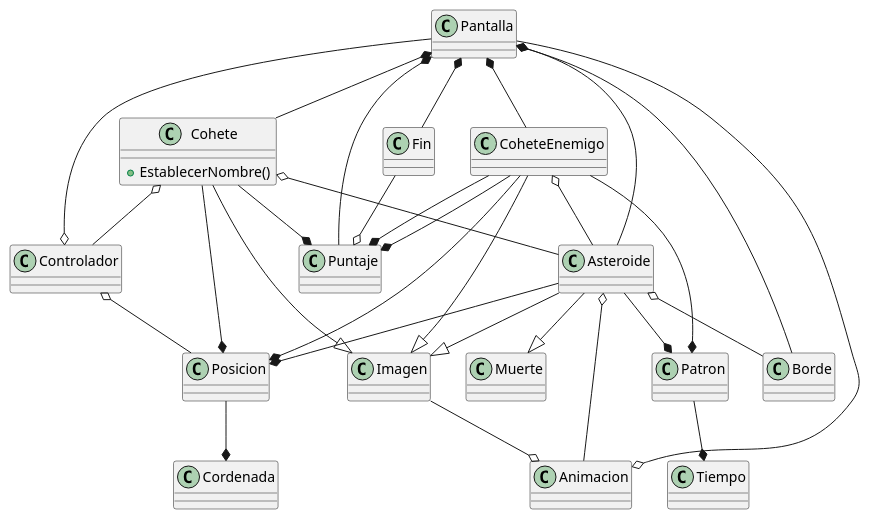
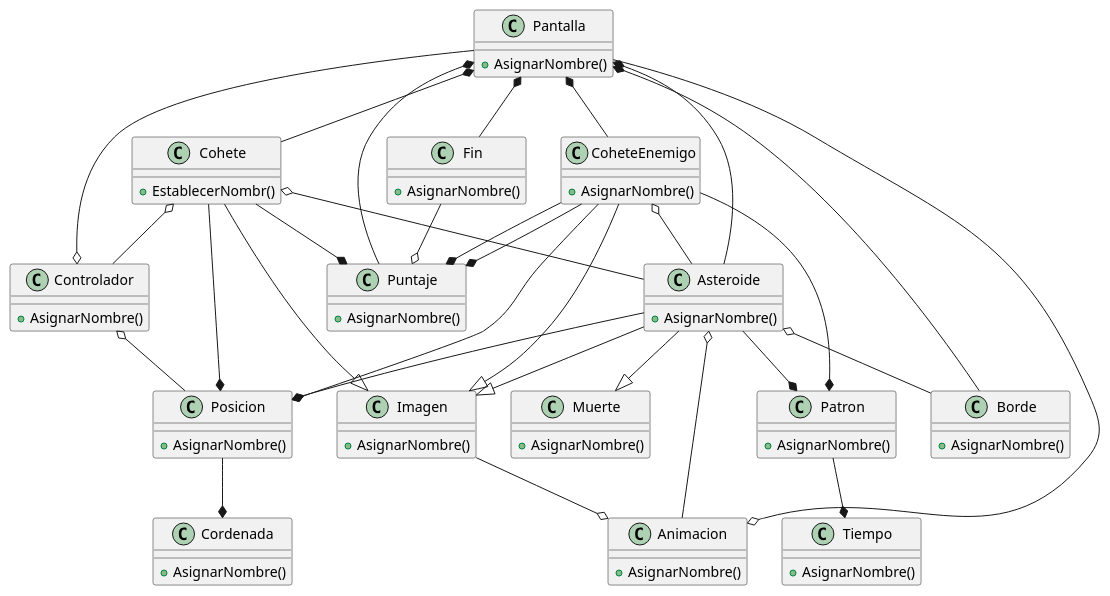
The diagram in docs/diagrama.puml (Hevan-Viscencio/Proyecto2), drawn with PlantUML before and after one commit. The commit also changed 23 other files, not shown here.

```diff
--- a/docs/diagrama.puml
+++ b/docs/diagrama.puml
@@ -1,56 +1,85 @@
 @startuml SpaceRace
 
 class Cohete {
-    +EstablecerNombre()
+    +EstablecerNombr()
 }
 class Asteroide
-class Borde
-class Controlador
-class Pantalla
-class Puntaje
-class CoheteEnemigo
-class Fin
-class Animacion
-class Muerte
-class Patron
-class Tiempo
-class Posicion
-class Cordenada
-class Imagen
+{
+    +AsignarNombre()
+}
+class Borde{
+    +AsignarNombre()
+}
+class Controlador{
+    +AsignarNombre()
+}
+class Pantalla{
+    +AsignarNombre()
+}
+class Puntaje{
+    +AsignarNombre()
+}
+class CoheteEnemigo{
+    +AsignarNombre()
+}
+class Fin{
+    +AsignarNombre()
+}
+class Animacion{
+    +AsignarNombre()
+}
+class Muerte{
+    +AsignarNombre()
+}
+class Patron{
+    +AsignarNombre()
+}
+class Tiempo{
+    +AsignarNombre()
+}
+class Posicion{
+    +AsignarNombre()
+}
+class Cordenada{
+    +AsignarNombre()
+}
+class Imagen{
+    +AsignarNombre()
+}
 
 Pantalla *-- Puntaje
 Pantalla *-- Cohete
 Pantalla *-- Borde
 Pantalla --o Controlador
 Pantalla *-- Asteroide
 Pantalla *-- CoheteEnemigo
 Pantalla *-- Fin
 Pantalla --o Animacion 
 
 Cohete o-- Controlador
 Cohete --* Puntaje
 Cohete o--Asteroide
 Cohete --* Posicion
 Cohete --|> Imagen
 
 CoheteEnemigo --* Puntaje
 CoheteEnemigo o--Asteroide
 CoheteEnemigo --* Patron
 CoheteEnemigo --* Puntaje
 CoheteEnemigo --* Posicion
 CoheteEnemigo --|> Imagen
 
 Asteroide o-- Animacion
 Asteroide --|> Muerte
 Asteroide --* Patron
 Asteroide o--Borde
 Asteroide --*Posicion
 Asteroide --|> Imagen
 
 Imagen --o Animacion
 Controlador o-- Posicion
 Posicion --* Cordenada
 Patron --* Tiempo
 Fin --o Puntaje
 
 @enduml
```
